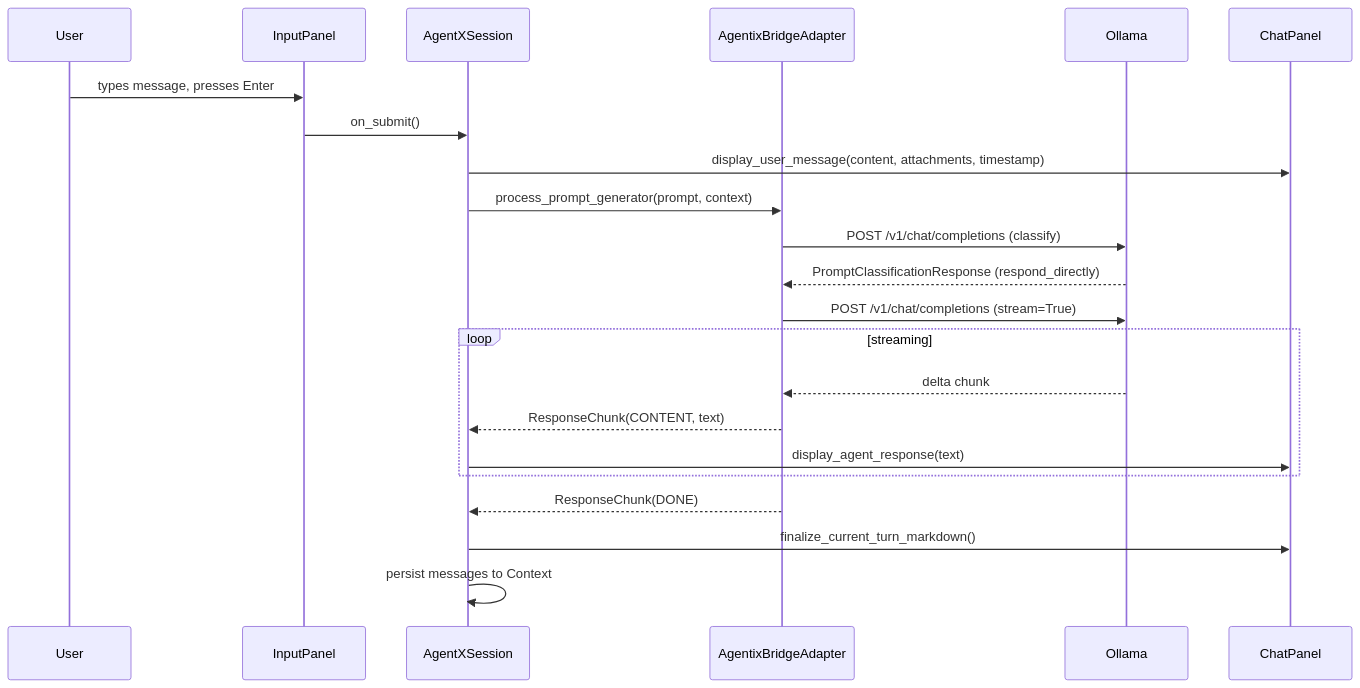
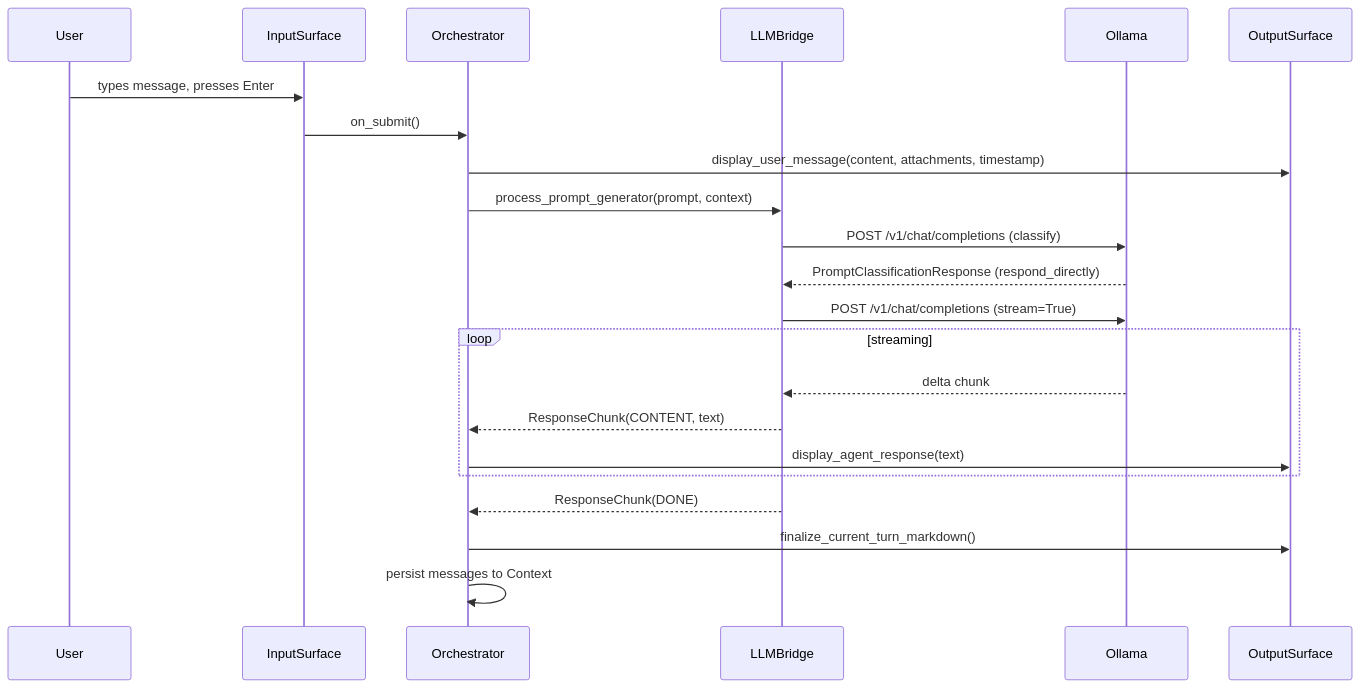
One commit to matthewapeters/agentX changed the first of 14 diagrams in docs/ux/02_USER_FLOWS.md. Above: the diagram before and after it, drawn with Mermaid. The commit also changed other lines of this file and 336 other files, not shown here.

````diff
--- a/docs/ux/02_USER_FLOWS.md
+++ b/docs/ux/02_USER_FLOWS.md
@@ -14,25 +20,25 @@
 ```mermaid
 sequenceDiagram
     participant User
-    participant InputPanel
-    participant Session as AgentXSession
-    participant Bridge as AgentixBridgeAdapter
+    participant InputSurface
+    participant Session as Orchestrator
+    participant Bridge as LLMBridge
     participant LLM as Ollama
-    participant Chat as ChatPanel
+    participant Chat as OutputSurface
 
-    User->>InputPanel: types message, presses Enter
-    InputPanel->>Session: on_submit()
+    User->>InputSurface: types message, presses Enter
+    InputSurface->>Session: on_submit()
     Session->>Chat: display_user_message(content, attachments, timestamp)
     Session->>Bridge: process_prompt_generator(prompt, context)
     Bridge->>LLM: POST /v1/chat/completions (classify)
     LLM-->>Bridge: PromptClassificationResponse (respond_directly)
     Bridge->>LLM: POST /v1/chat/completions (stream=True)
     loop streaming
         LLM-->>Bridge: delta chunk
         Bridge-->>Session: ResponseChunk(CONTENT, text)
         Session->>Chat: display_agent_response(text)
     end
     Bridge-->>Session: ResponseChunk(DONE)
     Session->>Chat: finalize_current_turn_markdown()
     Session->>Session: persist messages to Context
 ```
````
